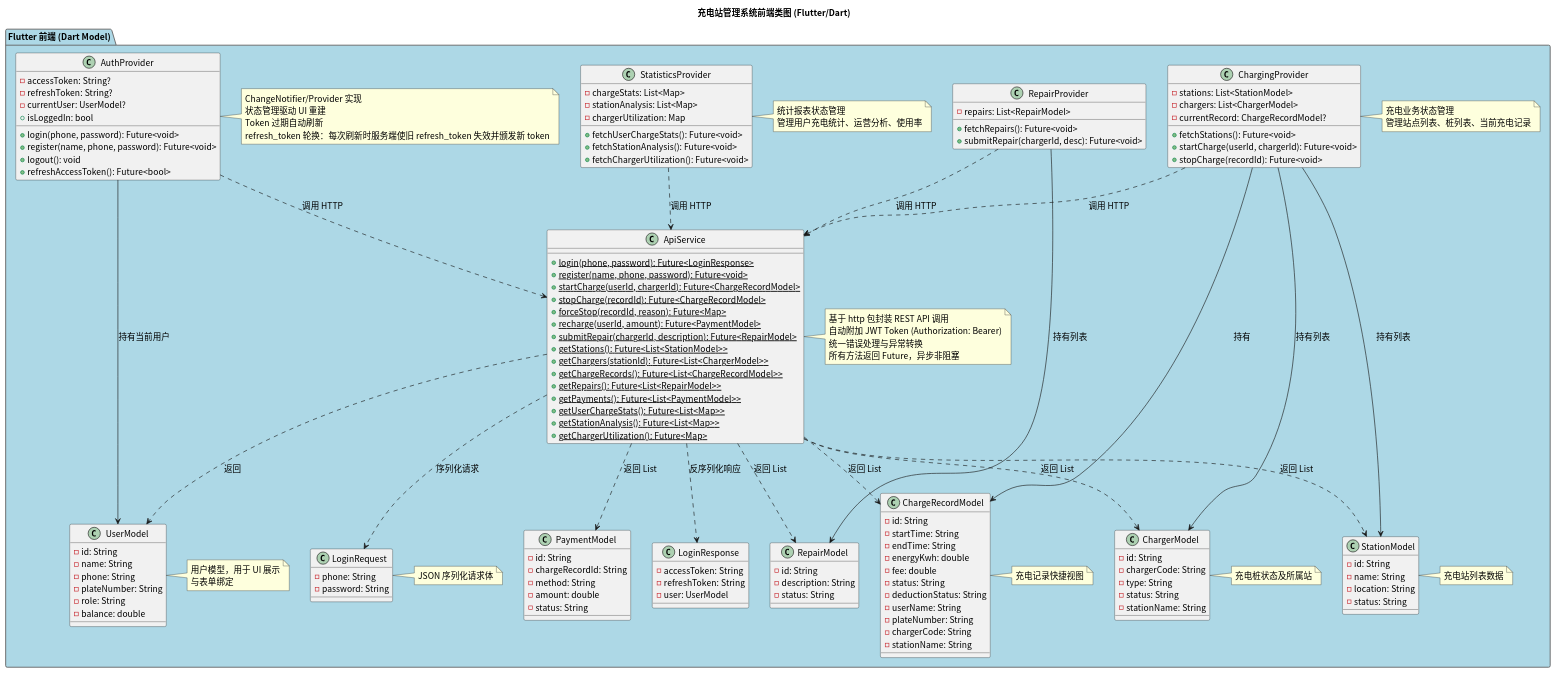
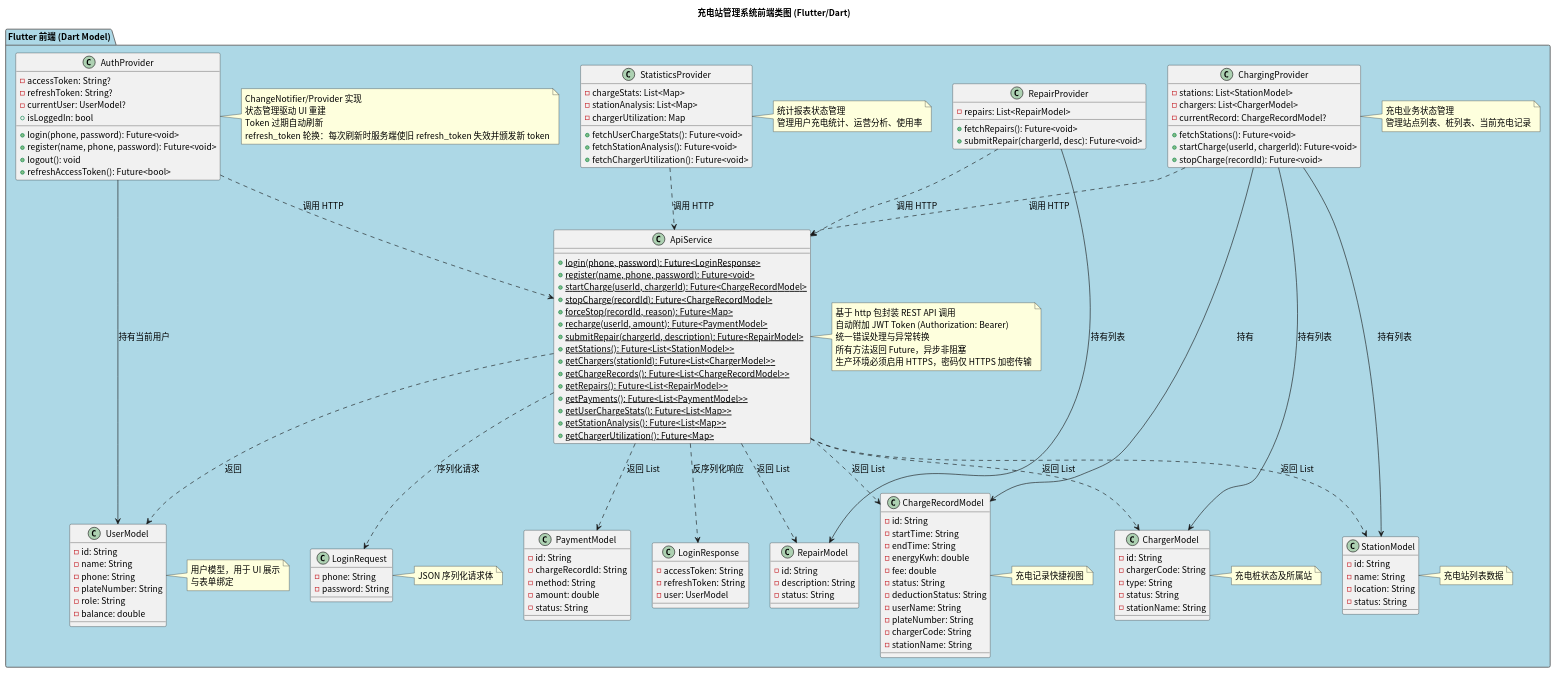
One commit to greenhandzdl/charging-station-doc changed the diagram in class/src/frontend_class_diagram.puml. Above: the diagram before and after it, drawn with PlantUML. The commit also changed 18 other files, not shown here.

First line of the commit message:
fix: 第1轮评估修复完结 — 强制结束补充审计日志、密码重置时序图、安全注解补充

```diff
--- a/class/src/frontend_class_diagram.puml
+++ b/class/src/frontend_class_diagram.puml
@@ -1,158 +1,158 @@
 @startuml
 skinparam defaultFontName "Noto Sans CJK SC"
 skinparam defaultFontSize 14
 title 充电站管理系统前端类图 (Flutter/Dart)
 skinparam package {
   BackgroundColor #F0F0F0
   BorderColor #666666
 }
 
 package "Flutter 前端 (Dart Model)" as FE #ADD8E6 {
 
   class "UserModel" as FUser {
     - id: String
     - name: String
     - phone: String
     - plateNumber: String
     - role: String
     - balance: double
   }
   note right of FUser : 用户模型，用于 UI 展示\n与表单绑定
 
   class "StationModel" as FStation {
     - id: String
     - name: String
     - location: String
     - status: String
   }
   note right of FStation : 充电站列表数据
 
   class "ChargerModel" as FCharger {
     - id: String
     - chargerCode: String
     - type: String
     - status: String
     - stationName: String
   }
   note right of FCharger : 充电桩状态及所属站
 
   class "ChargeRecordModel" as FCRecord {
     - id: String
     - startTime: String
     - endTime: String
     - energyKwh: double
     - fee: double
     - status: String
     - deductionStatus: String
     - userName: String
     - plateNumber: String
     - chargerCode: String
     - stationName: String
   }
   note right of FCRecord : 充电记录快捷视图
 
   class "PaymentModel" as FPayment {
     - id: String
     - chargeRecordId: String
     - method: String
     - amount: double
     - status: String
   }
 
   class "RepairModel" as FRepair {
     - id: String
     - description: String
     - status: String
   }
 
   class "LoginRequest" as LoginReq {
     - phone: String
     - password: String
   }
   note right of LoginReq : JSON 序列化请求体
 
   class "LoginResponse" as LoginResp {
     - accessToken: String
     - refreshToken: String
     - user: UserModel
   }
 
   class "ApiService" as Api {
     + {static} login(phone, password): Future<LoginResponse>
     + {static} register(name, phone, password): Future<void>
     + {static} startCharge(userId, chargerId): Future<ChargeRecordModel>
     + {static} stopCharge(recordId): Future<ChargeRecordModel>
     + {static} forceStop(recordId, reason): Future<Map>
     + {static} recharge(userId, amount): Future<PaymentModel>
     + {static} submitRepair(chargerId, description): Future<RepairModel>
     + {static} getStations(): Future<List<StationModel>>
     + {static} getChargers(stationId): Future<List<ChargerModel>>
     + {static} getChargeRecords(): Future<List<ChargeRecordModel>>
     + {static} getRepairs(): Future<List<RepairModel>>
     + {static} getPayments(): Future<List<PaymentModel>>
     + {static} getUserChargeStats(): Future<List<Map>>
     + {static} getStationAnalysis(): Future<List<Map>>
     + {static} getChargerUtilization(): Future<Map>
   }
-  note right of Api : 基于 http 包封装 REST API 调用\n自动附加 JWT Token (Authorization: Bearer)\n统一错误处理与异常转换\n所有方法返回 Future，异步非阻塞
+  note right of Api : 基于 http 包封装 REST API 调用\n自动附加 JWT Token (Authorization: Bearer)\n统一错误处理与异常转换\n所有方法返回 Future，异步非阻塞\n生产环境必须启用 HTTPS，密码仅 HTTPS 加密传输
 
   class "AuthProvider" as Auth {
     - accessToken: String?
     - refreshToken: String?
     - currentUser: UserModel?
     + login(phone, password): Future<void>
     + register(name, phone, password): Future<void>
     + logout(): void
     + refreshAccessToken(): Future<bool>
     + isLoggedIn: bool
   }
   note right of Auth : ChangeNotifier/Provider 实现\n状态管理驱动 UI 重建\nToken 过期自动刷新\nrefresh_token 轮换：每次刷新时服务端使旧 refresh_token 失效并颁发新 token
 
   class "ChargingProvider" as CP {
     - stations: List<StationModel>
     - chargers: List<ChargerModel>
     - currentRecord: ChargeRecordModel?
     + fetchStations(): Future<void>
     + startCharge(userId, chargerId): Future<void>
     + stopCharge(recordId): Future<void>
   }
   note right of CP : 充电业务状态管理\n管理站点列表、桩列表、当前充电记录
 
   class "RepairProvider" as RP {
     - repairs: List<RepairModel>
     + fetchRepairs(): Future<void>
     + submitRepair(chargerId, desc): Future<void>
   }
 
   class "StatisticsProvider" as StatsP {
     - chargeStats: List<Map>
     - stationAnalysis: List<Map>
     - chargerUtilization: Map
     + fetchUserChargeStats(): Future<void>
     + fetchStationAnalysis(): Future<void>
     + fetchChargerUtilization(): Future<void>
   }
   note right of StatsP : 统计报表状态管理\n管理用户充电统计、运营分析、使用率
 }
 
 ' ===== 关联关系 =====
 Api ..> LoginReq : 序列化请求
 Api ..> LoginResp : 反序列化响应
 Api ..> FStation : 返回 List
 Api ..> FCharger : 返回 List
 Api ..> FUser : 返回
 Api ..> FCRecord : 返回 List
 Api ..> FPayment : 返回 List
 Api ..> FRepair : 返回 List
 
 Auth --> FUser : 持有当前用户
 Auth ..> Api : 调用 HTTP
 CP ..> Api : 调用 HTTP
 CP --> FStation : 持有列表
 CP --> FCharger : 持有列表
 CP --> FCRecord : 持有
 RP ..> Api : 调用 HTTP
 RP --> FRepair : 持有列表
 StatsP ..> Api : 调用 HTTP
 
 @enduml
```
